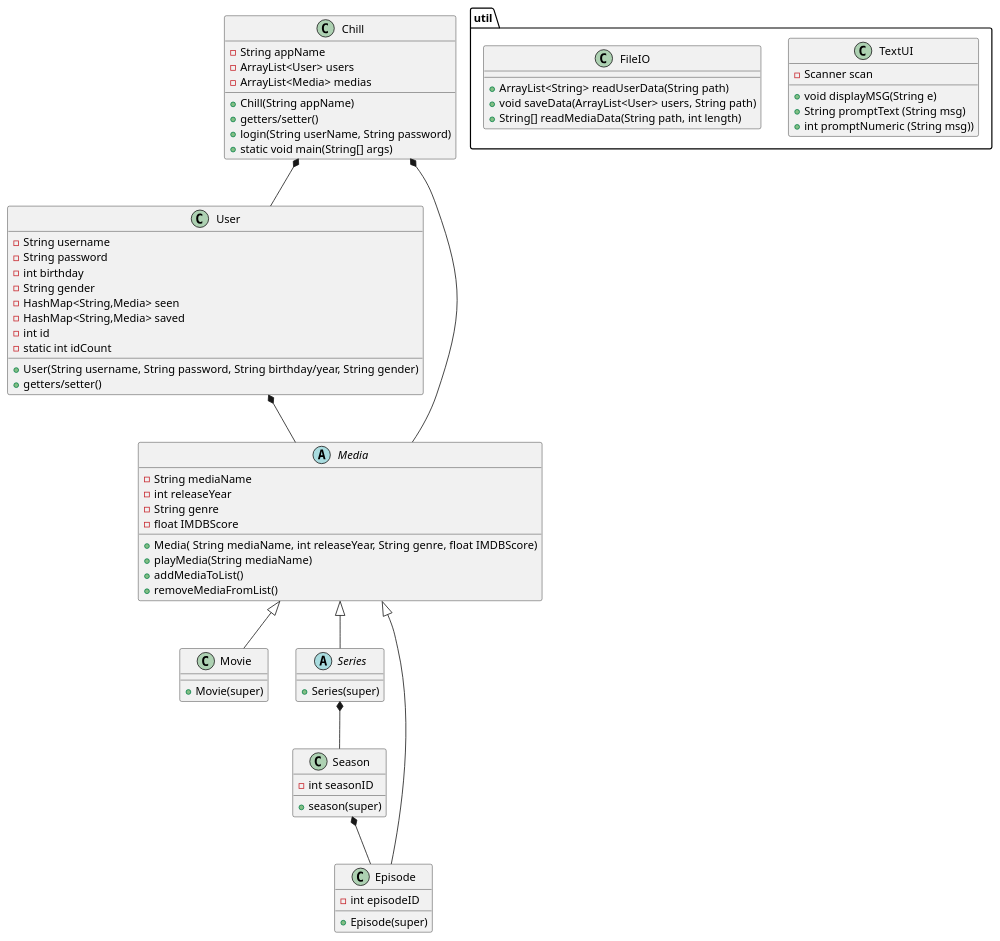
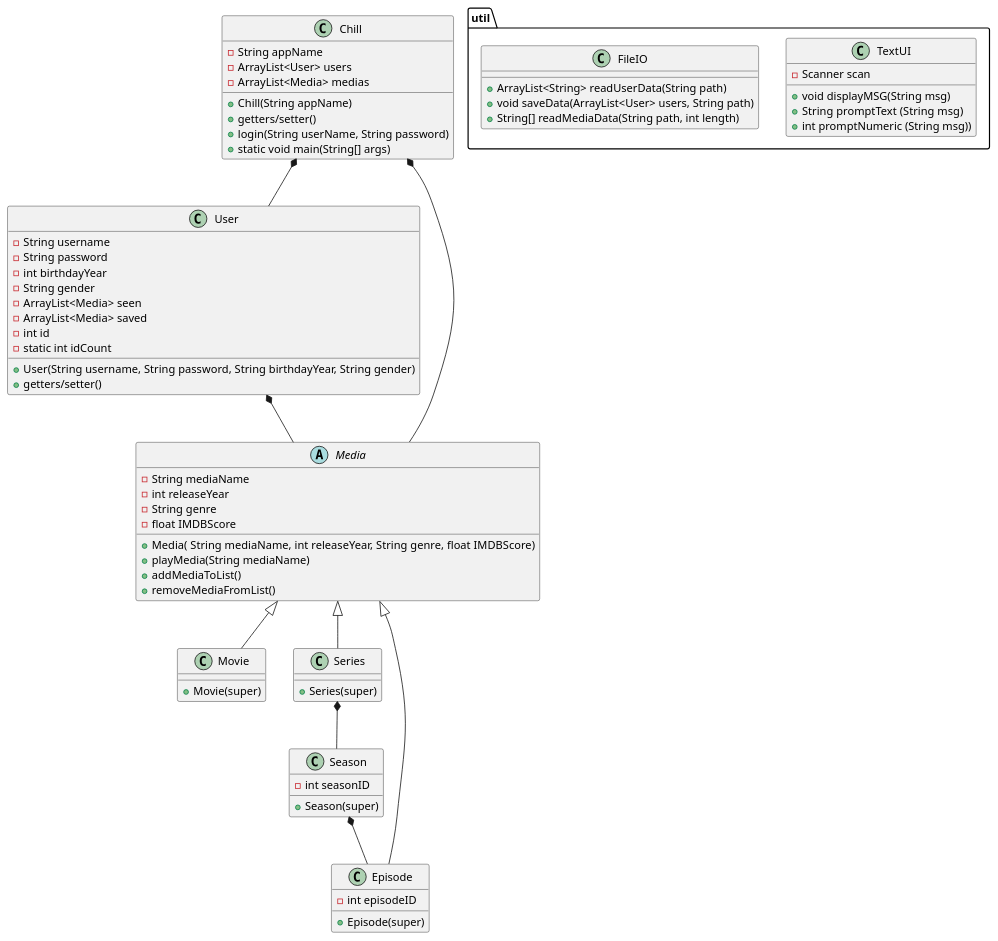
The diagram in doc/classdiagram.puml (niki03125/SP3), drawn with PlantUML before and after one commit. The commit also changed 2 other files, not shown here.

Commit message:
rettelser i classdiagram.puml og domainmodel.puml + userclass

```diff
--- a/doc/classdiagram.puml
+++ b/doc/classdiagram.puml
@@ -1,89 +1,89 @@
 @startuml
 
 class Chill{
 - String appName
 - ArrayList<User> users
 - ArrayList<Media> medias
 + Chill(String appName)
 
 
 + getters/setter()
 + login(String userName, String password)
 + static void main(String[] args)
 }
 
 class User{
 - String username
 - String password
-- int birthday
+- int birthdayYear
 - String gender
-- HashMap<String,Media> seen
-- HashMap<String,Media> saved
+- ArrayList<Media> seen
+- ArrayList<Media> saved
 - int id
 - static int idCount
 
-+ User(String username, String password, String birthday/year, String gender)
++ User(String username, String password, String birthdayYear, String gender)
 + getters/setter()
 
 }
 
 package "util"{
 
 class TextUI{
 - Scanner scan
 
-+ void displayMSG(String e)
++ void displayMSG(String msg)
 + String promptText (String msg)
 + int promptNumeric (String msg))
 }
 
 class FileIO{
 + ArrayList<String> readUserData(String path)
 + void saveData(ArrayList<User> users, String path)
 + String[] readMediaData(String path, int length)
 }
 
 }
 
 abstract class Media{
 - String mediaName
 - int releaseYear
 - String genre
 - float IMDBScore
 
 + Media( String mediaName, int releaseYear, String genre, float IMDBScore)
 + playMedia(String mediaName)
 + addMediaToList()
 + removeMediaFromList()
 }
 
 class Movie extends Media{
 + Movie(super)
 }
 
-abstract class Series extends Media{
+class Series extends Media{
 + Series(super)
 }
 
 class Season{
 - int seasonID
-+ season(super)
++ Season(super)
 }
 
 class Episode extends Media{
 -int episodeID
 + Episode(super)
 }
 
 Chill *-- Media
 
 User *-- Media
 
 Chill *-- User
 
 Series *-- Season
 
 Season *-- Episode
 
 
 @enduml
```
